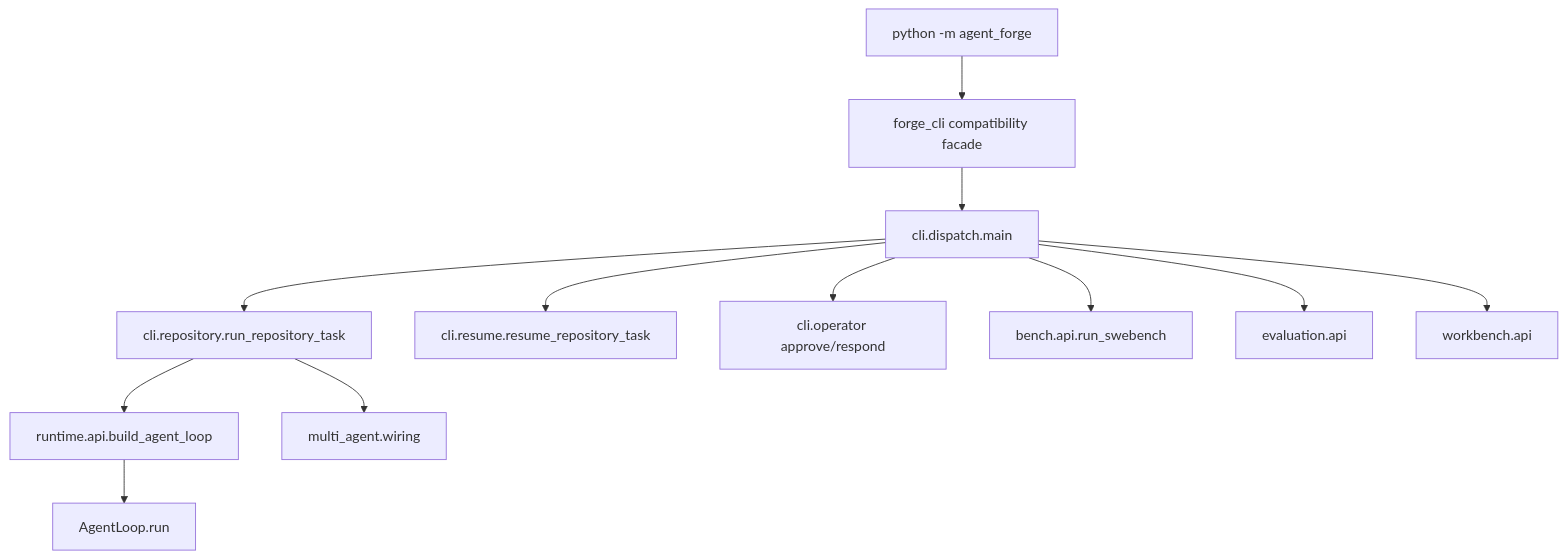
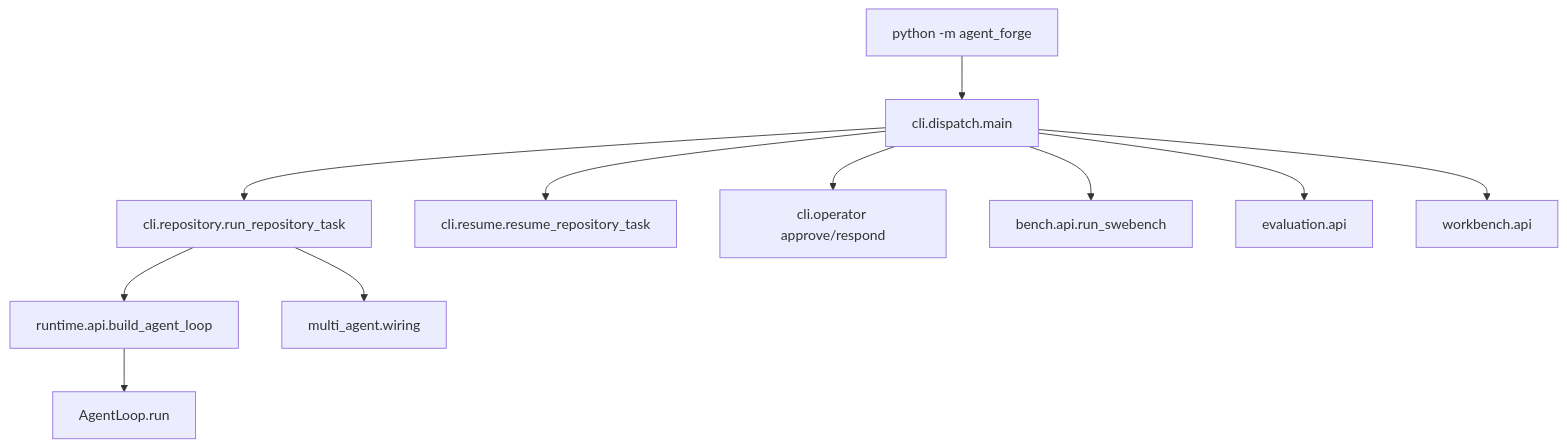
The first of 5 diagrams in docs/guides/code-reading-map.md (semi-hollow/NanoHarness), drawn with Mermaid before and after one commit. The commit also changed other lines of this file and 259 other files, not shown here.

````diff
--- a/docs/guides/code-reading-map.md
+++ b/docs/guides/code-reading-map.md
@@ -24,14 +24,13 @@
 ```mermaid
 flowchart TD
-    Main["python -m agent_forge"] --> Facade["forge_cli compatibility facade"]
-    Facade --> Dispatch["cli.dispatch.main"]
+    Main["python -m agent_forge"] --> Dispatch["cli.dispatch.main"]
     Dispatch --> Run["cli.repository.run_repository_task"]
     Dispatch --> Resume["cli.resume.resume_repository_task"]
     Dispatch --> Operator["cli.operator approve/respond"]
     Dispatch --> Bench["bench.api.run_swebench"]
     Dispatch --> Eval["evaluation.api"]
     Dispatch --> UI["workbench.api"]
     Run --> RuntimeAPI["runtime.api.build_agent_loop"]
     Run --> MultiAPI["multi_agent.wiring"]
     RuntimeAPI --> Loop["AgentLoop.run"]
 ```
````
